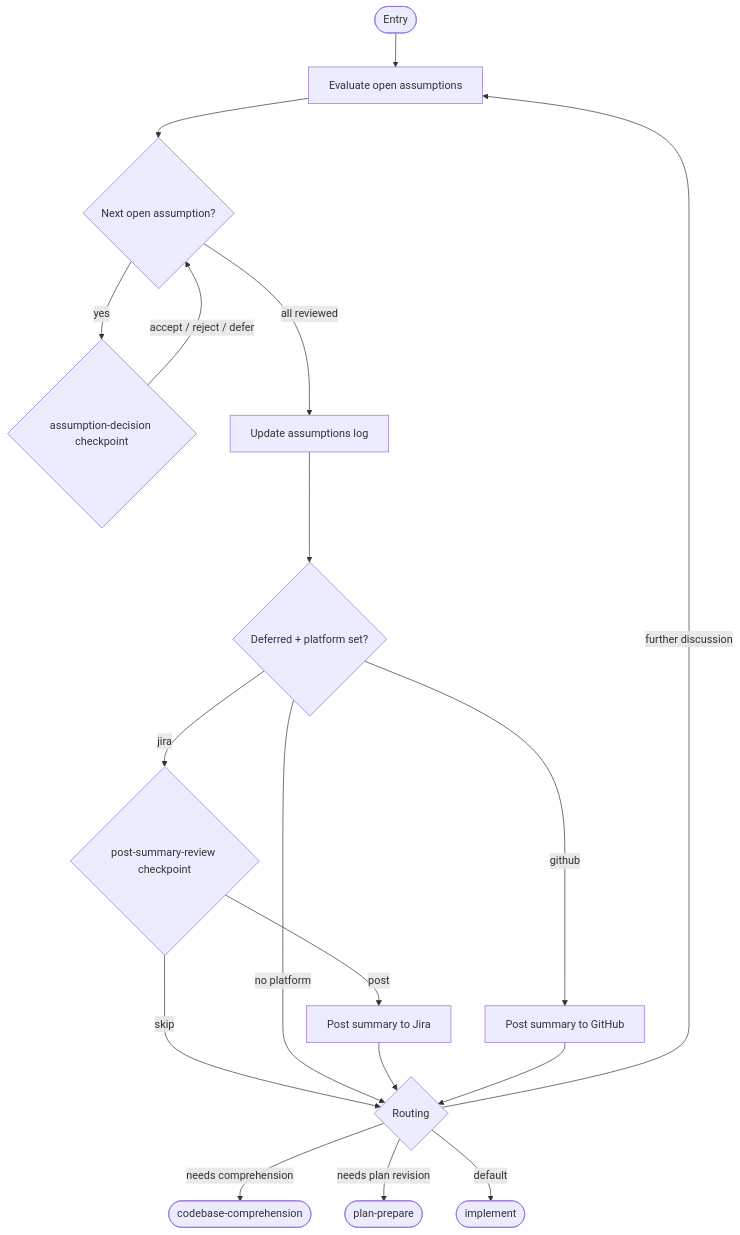
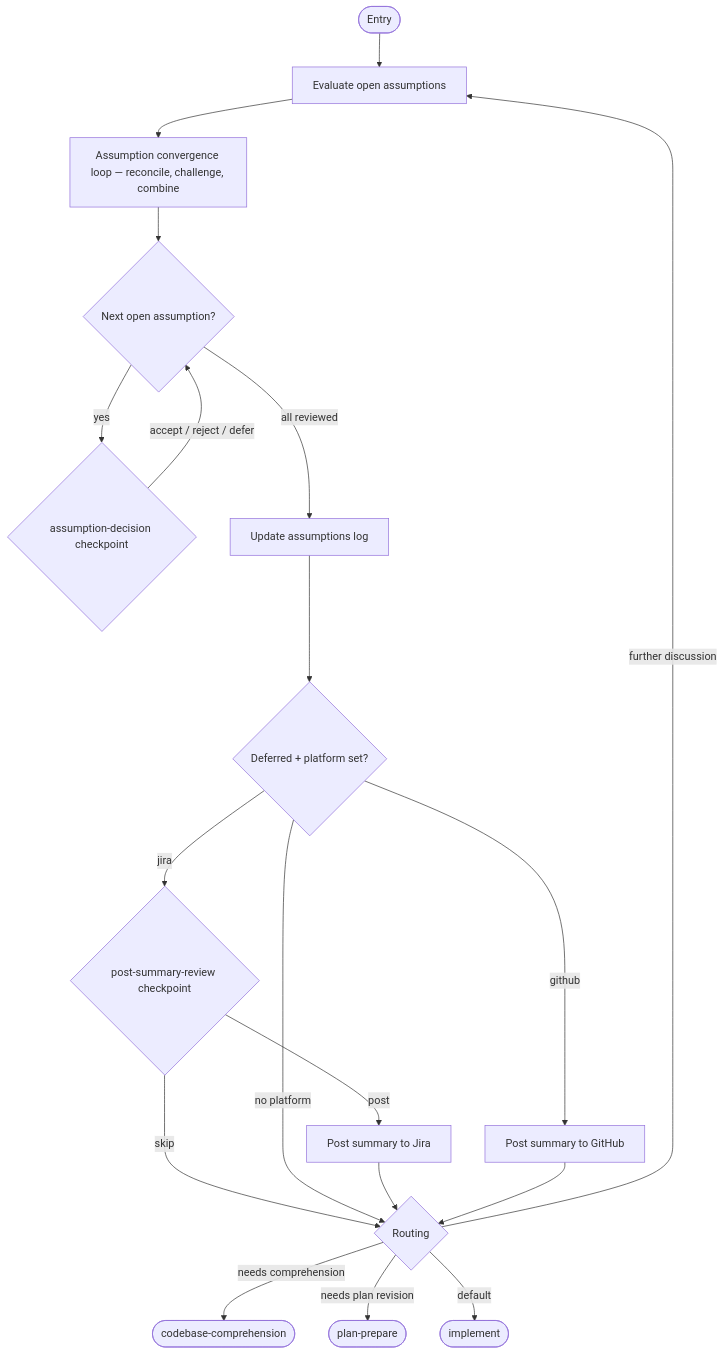
The eighth of 15 diagrams in work-package/activities/README.md (m2ux/workflow-server), drawn with Mermaid before and after one commit. The commit also changed other lines of this file and 1 other file, not shown here.

First line of the commit message:
Draw the workflow and activity diagrams from the binds

````diff
--- a/work-package/activities/README.md
+++ b/work-package/activities/README.md
@@ -200,22 +205,23 @@
 ```mermaid
 graph TD
     entryNode(["Entry"]) --> evalOpen["Evaluate open assumptions"]
-    evalOpen --> interviewLoop{"Next open assumption?"}
+    evalOpen --> converge["Assumption convergence loop — reconcile, challenge, combine"]
+    converge --> interviewLoop{"Next open assumption?"}
     interviewLoop -->|"yes"| cpDecision{"assumption-decision checkpoint"}
     cpDecision -->|"accept / reject / defer"| interviewLoop
     interviewLoop -->|"all reviewed"| updateLog["Update assumptions log"]
 
     updateLog --> checkPlatform{"Deferred + platform set?"}
     checkPlatform -->|"jira"| cpSummary{"post-summary-review checkpoint"}
     cpSummary -->|"post"| postJira["Post summary to Jira"]
     cpSummary -->|"skip"| route
     checkPlatform -->|"github"| postGithub["Post summary to GitHub"]
     checkPlatform -->|"no platform"| route
 
     postJira --> route{"Routing"}
     postGithub --> route
     route -->|"needs comprehension"| exitComprehension(["codebase-comprehension"])
     route -->|"needs plan revision"| exitPlan(["plan-prepare"])
     route -->|"further discussion"| evalOpen
     route -->|"default"| exitImplement(["implement"])
 ```
````
